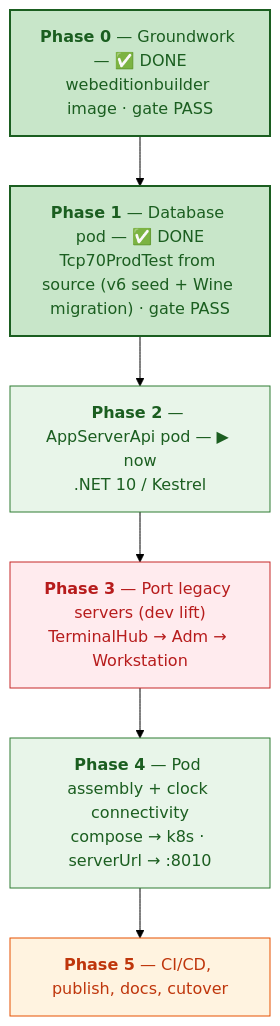
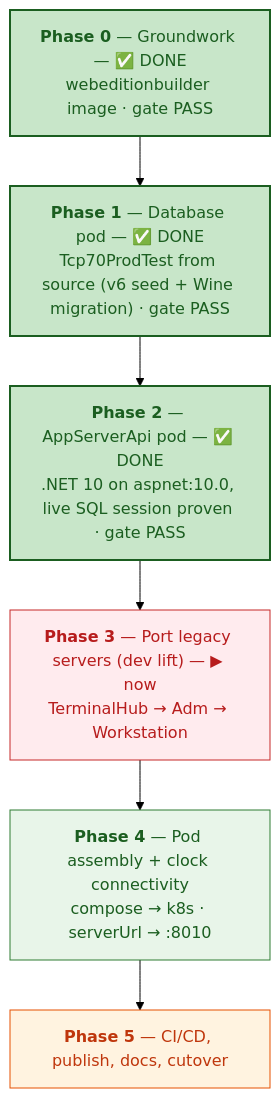
The third of 5 diagrams in docs/linux-pod-plan.md (tcp-software/win11vbox), drawn with Mermaid (forest theme) before and after one commit. The commit also changed other lines of this file, not shown here.

Commit message:
linux-pod-plan: Phase 2 DONE (AppServerApi on Linux, gate PASS 4/4); roadmap -> Phase 3 now

````diff
--- a/docs/linux-pod-plan.md
+++ b/docs/linux-pod-plan.md
@@ -142,17 +142,17 @@
 ```mermaid
 flowchart TD
     classDef now  fill:#e8f5e9,stroke:#2e7d32,color:#1b5e20;
     classDef lift fill:#ffebee,stroke:#c62828,color:#b71c1c;
     classDef base fill:#fff3e0,stroke:#e65100,color:#bf360c;
 
     classDef done fill:#c8e6c9,stroke:#1b5e20,color:#1b5e20,stroke-width:2px;
 
     P0["<b>Phase 0</b> — Groundwork — ✅ DONE<br/>webeditionbuilder image · gate PASS"]:::done
     P1["<b>Phase 1</b> — Database pod — ✅ DONE<br/>Tcp70ProdTest from source (v6 seed + Wine migration) · gate PASS"]:::done
-    P2["<b>Phase 2</b> — AppServerApi pod — ▶ now<br/>.NET 10 / Kestrel"]:::now
-    P3["<b>Phase 3</b> — Port legacy servers (dev lift)<br/>TerminalHub → Adm → Workstation"]:::lift
+    P2["<b>Phase 2</b> — AppServerApi pod — ✅ DONE<br/>.NET 10 on aspnet:10.0, live SQL session proven · gate PASS"]:::done
+    P3["<b>Phase 3</b> — Port legacy servers (dev lift) — ▶ now<br/>TerminalHub → Adm → Workstation"]:::lift
     P4["<b>Phase 4</b> — Pod assembly + clock connectivity<br/>compose → k8s · serverUrl → :8010"]:::now
     P5["<b>Phase 5</b> — CI/CD, publish, docs, cutover"]:::base
 
     P0 --> P1 --> P2 --> P3 --> P4 --> P5
 ```
````
